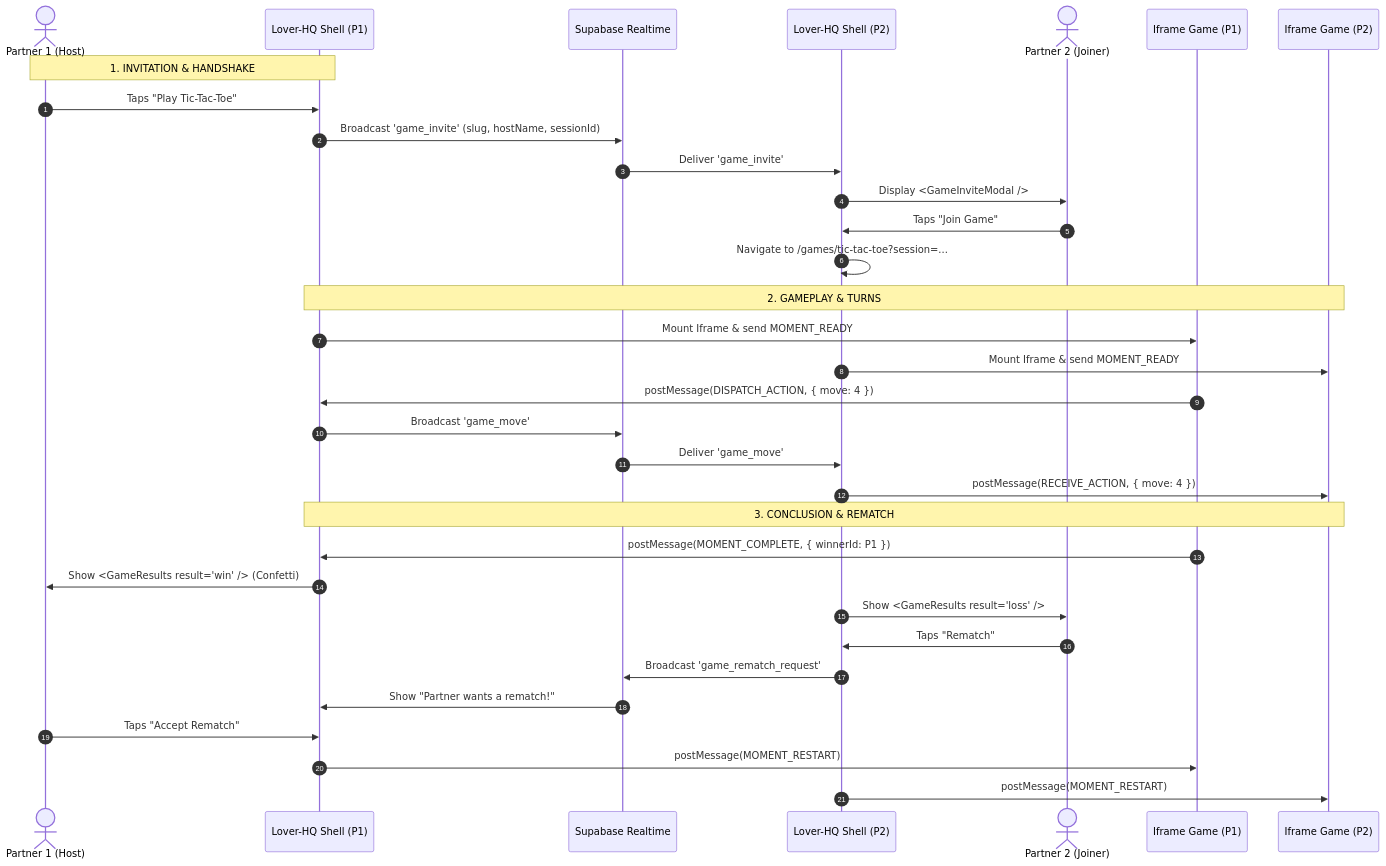
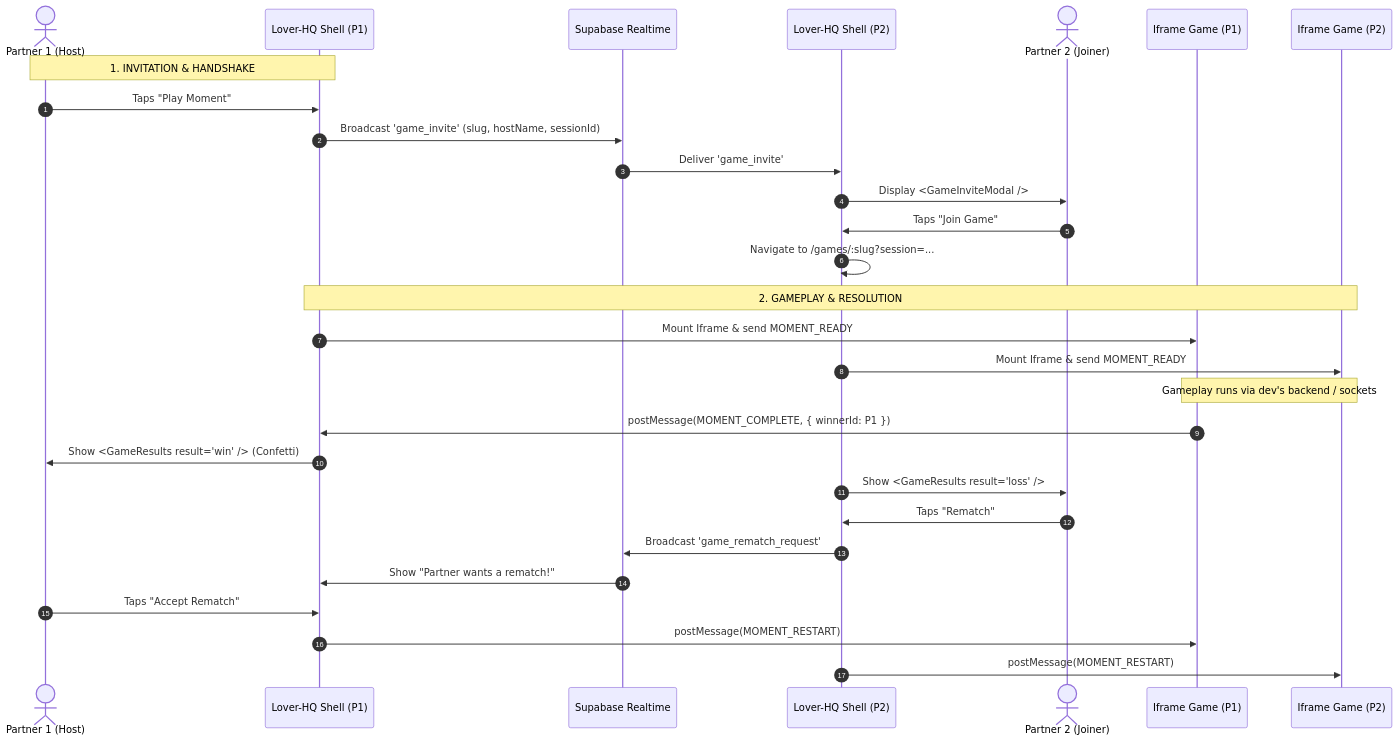
Before and after one commit to xtarflex/Lover-HQ: the fourth of 4 diagrams in doc/MOMENTS_ARCHITECTURE.md, drawn with Mermaid. The commit also changed other lines of this file and 45 other files, not shown here.

````diff
--- a/doc/MOMENTS_ARCHITECTURE.md
+++ b/doc/MOMENTS_ARCHITECTURE.md
@@ -249,38 +219,33 @@
 ```mermaid
 sequenceDiagram
     autonumber
     actor P1 as Partner 1 (Host)
     participant Shell1 as Lover-HQ Shell (P1)
     participant Relay as Supabase Realtime
     participant Shell2 as Lover-HQ Shell (P2)
     actor P2 as Partner 2 (Joiner)
     participant Iframe1 as Iframe Game (P1)
     participant Iframe2 as Iframe Game (P2)
 
     Note over P1,Shell1: 1. INVITATION & HANDSHAKE
-    P1->>Shell1: Taps "Play Tic-Tac-Toe"
+    P1->>Shell1: Taps "Play Moment"
     Shell1->>Relay: Broadcast 'game_invite' (slug, hostName, sessionId)
     Relay->>Shell2: Deliver 'game_invite'
     Shell2->>P2: Display <GameInviteModal />
     P2->>Shell2: Taps "Join Game"
-    Shell2->>Shell2: Navigate to /games/tic-tac-toe?session=...
+    Shell2->>Shell2: Navigate to /games/:slug?session=...
 
-    Note over Shell1,Iframe2: 2. GAMEPLAY & TURNS
+    Note over Shell1,Iframe2: 2. GAMEPLAY & RESOLUTION
     Shell1->>Iframe1: Mount Iframe & send MOMENT_READY
     Shell2->>Iframe2: Mount Iframe & send MOMENT_READY
-    Iframe1->>Shell1: postMessage(DISPATCH_ACTION, { move: 4 })
-    Shell1->>Relay: Broadcast 'game_move'
-    Relay->>Shell2: Deliver 'game_move'
-    Shell2->>Iframe2: postMessage(RECEIVE_ACTION, { move: 4 })
-
-    Note over Shell1,Iframe2: 3. CONCLUSION & REMATCH
+    Note over Iframe1,Iframe2: Gameplay runs via dev's backend / sockets
     Iframe1->>Shell1: postMessage(MOMENT_COMPLETE, { winnerId: P1 })
     Shell1->>P1: Show <GameResults result="win" /> (Confetti)
     Shell2->>P2: Show <GameResults result="loss" />
     P2->>Shell2: Taps "Rematch"
     Shell2->>Relay: Broadcast 'game_rematch_request'
     Relay->>Shell1: Show "Partner wants a rematch!"
     P1->>Shell1: Taps "Accept Rematch"
     Shell1->>Iframe1: postMessage(MOMENT_RESTART)
     Shell2->>Iframe2: postMessage(MOMENT_RESTART)
 ```
````
